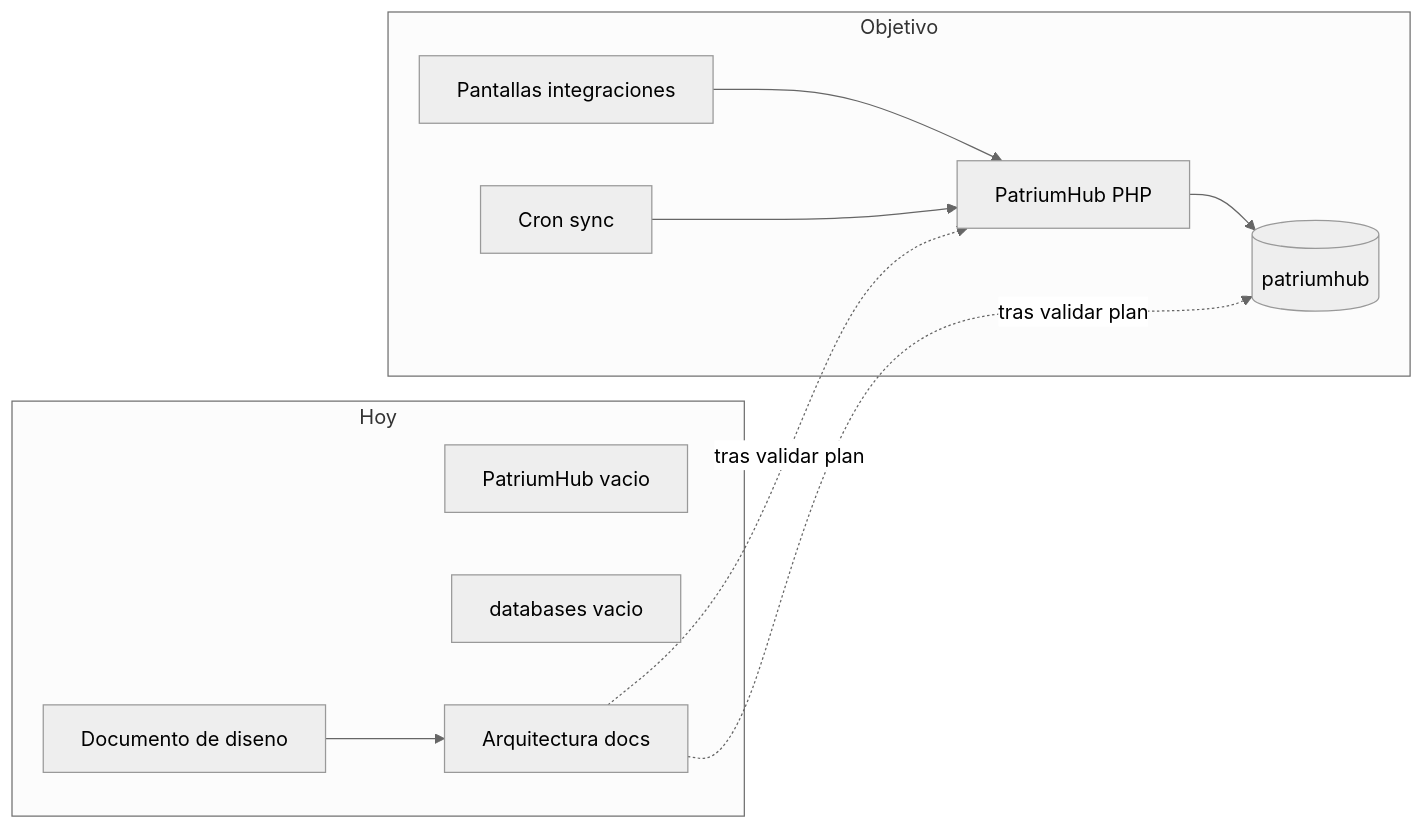
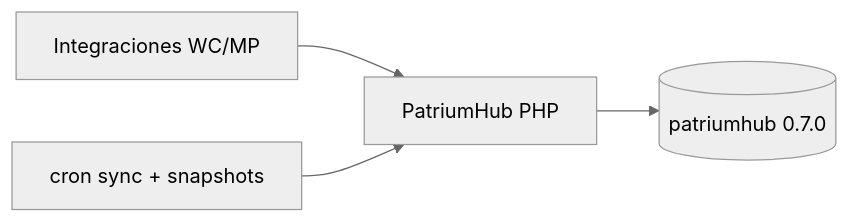
Before and after one commit to PatriumHub/Arquitectura: the diagram in 08-estado-actual-vs-objetivo.md, drawn with Mermaid (neutral theme). The commit also changed other lines of this file and 8 other files, not shown here.

````diff
--- a/08-estado-actual-vs-objetivo.md
+++ b/08-estado-actual-vs-objetivo.md
@@ -22,23 +21,10 @@
 ```mermaid
 flowchart LR
-  subgraph now [Hoy]
-    Doc[Documento de diseno]
-    EmptyApp[PatriumHub vacio]
-    EmptyDB[databases vacio]
-    Arch[Arquitectura docs]
-  end
-
-  subgraph target [Objetivo]
-    App[PatriumHub PHP]
-    DB[(patriumhub)]
-    UIInt[Pantallas integraciones]
-    Cron[Cron sync]
-    App --> DB
-    UIInt --> App
-    Cron --> App
-  end
-
-  Doc --> Arch
-  Arch -.->|tras validar plan| App
-  Arch -.->|tras validar plan| DB
+  App[PatriumHub PHP]
+  DB[(patriumhub 0.7.0)]
+  UIInt[Integraciones WC/MP]
+  Cron[cron sync + snapshots]
+  App --> DB
+  UIInt --> App
+  Cron --> App
 ```
````
